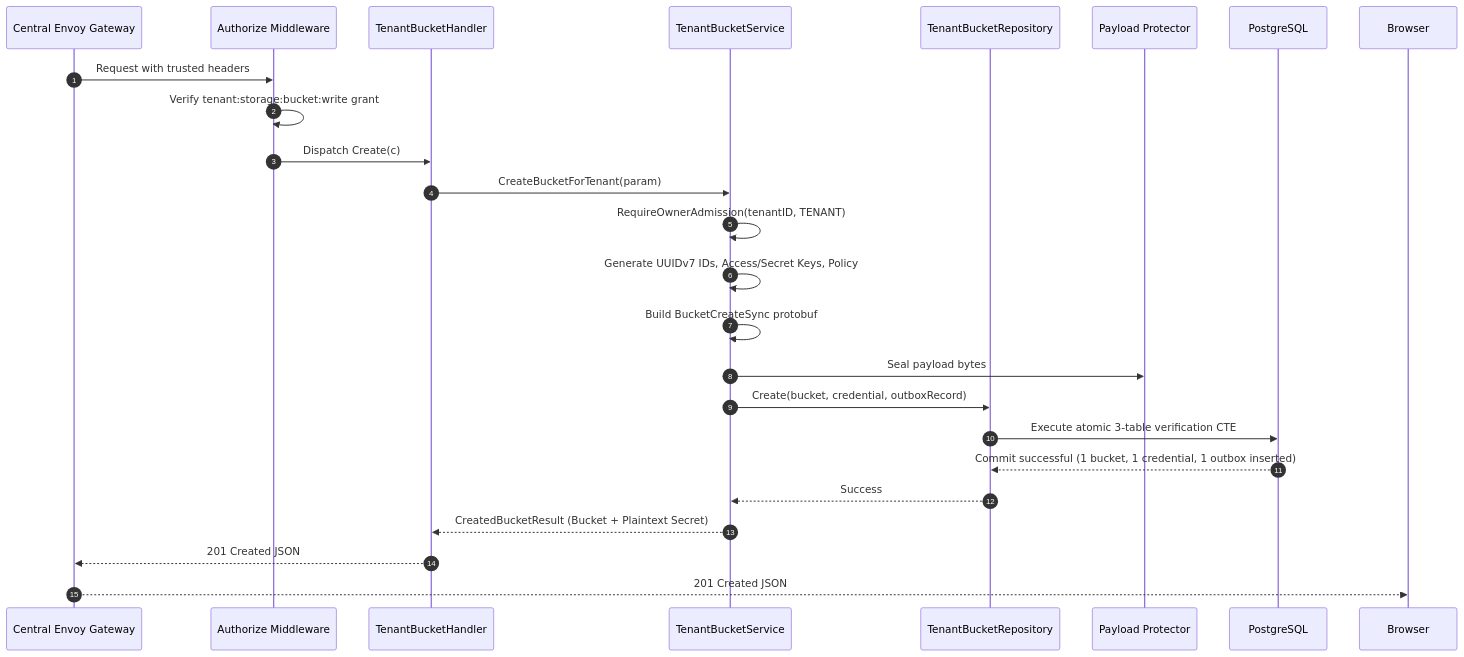
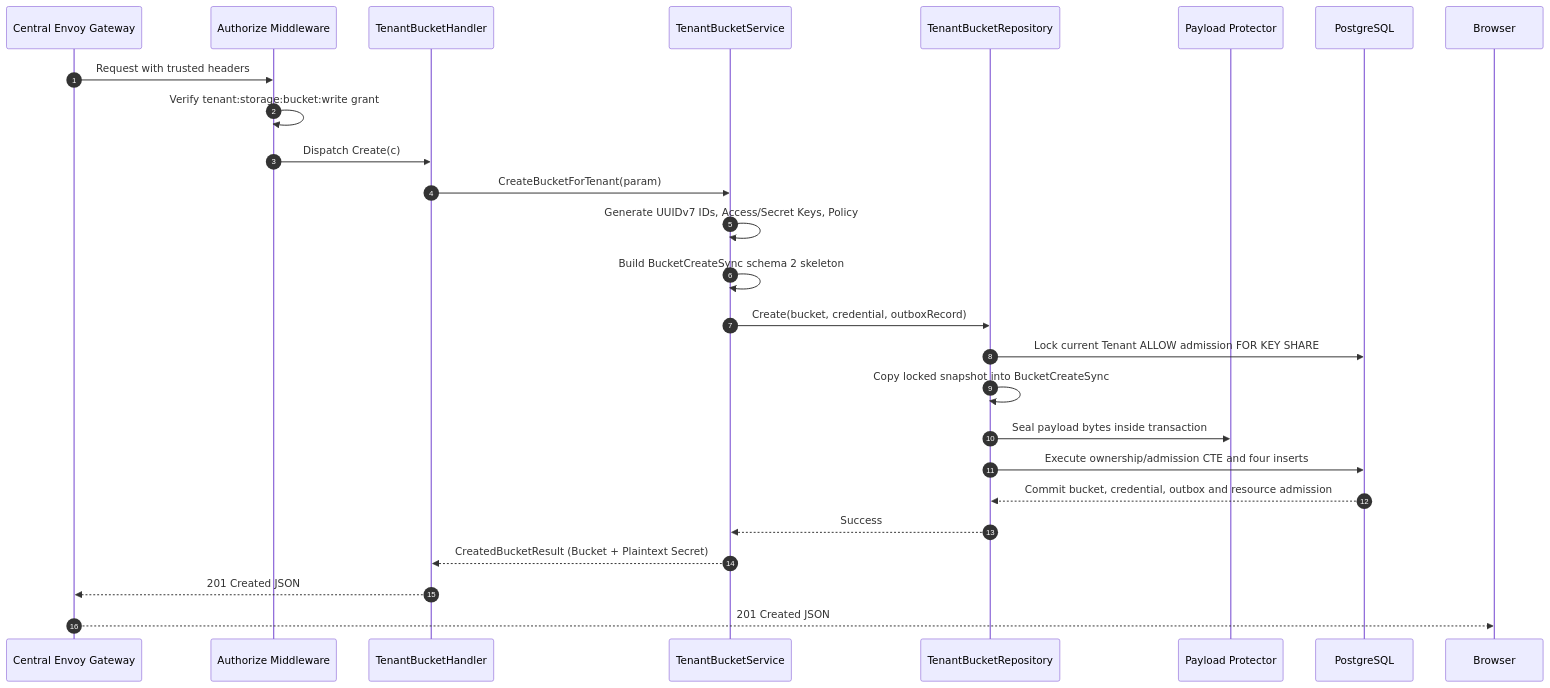
The second of 6 diagrams in god_view/storage/tenant_bucket_create_god_view_workflow.md (phucle996/aurora), drawn with Mermaid before and after one commit. The commit also changed other lines of this file and 94 other files, not shown here.

````diff
--- a/god_view/storage/tenant_bucket_create_god_view_workflow.md
+++ b/god_view/storage/tenant_bucket_create_god_view_workflow.md
@@ -135,27 +139,28 @@
 ```mermaid
 sequenceDiagram
     autonumber
     participant Envoy as Central Envoy Gateway
     participant AuthMW as Authorize Middleware
     participant Handler as TenantBucketHandler
     participant Service as TenantBucketService
     participant Repo as TenantBucketRepository
     participant Protector as Payload Protector
     participant PG as PostgreSQL
 
     Envoy->>AuthMW: Request with trusted headers
     AuthMW->>AuthMW: Verify tenant:storage:bucket:write grant
     AuthMW->>Handler: Dispatch Create(c)
     Handler->>Service: CreateBucketForTenant(param)
-    Service->>Service: RequireOwnerAdmission(tenantID, TENANT)
     Service->>Service: Generate UUIDv7 IDs, Access/Secret Keys, Policy
-    Service->>Service: Build BucketCreateSync protobuf
-    Service->>Protector: Seal payload bytes
+    Service->>Service: Build BucketCreateSync schema 2 skeleton
     Service->>Repo: Create(bucket, credential, outboxRecord)
-    Repo->>PG: Execute atomic 3-table verification CTE
-    PG-->>Repo: Commit successful (1 bucket, 1 credential, 1 outbox inserted)
+    Repo->>PG: Lock current Tenant ALLOW admission FOR KEY SHARE
+    Repo->>Repo: Copy locked snapshot into BucketCreateSync
+    Repo->>Protector: Seal payload bytes inside transaction
+    Repo->>PG: Execute ownership/admission CTE and four inserts
+    PG-->>Repo: Commit bucket, credential, outbox and resource admission
     Repo-->>Service: Success
     Service-->>Handler: CreatedBucketResult (Bucket + Plaintext Secret)
     Handler-->>Envoy: 201 Created JSON
     Envoy-->>Browser: 201 Created JSON
 ```
````
